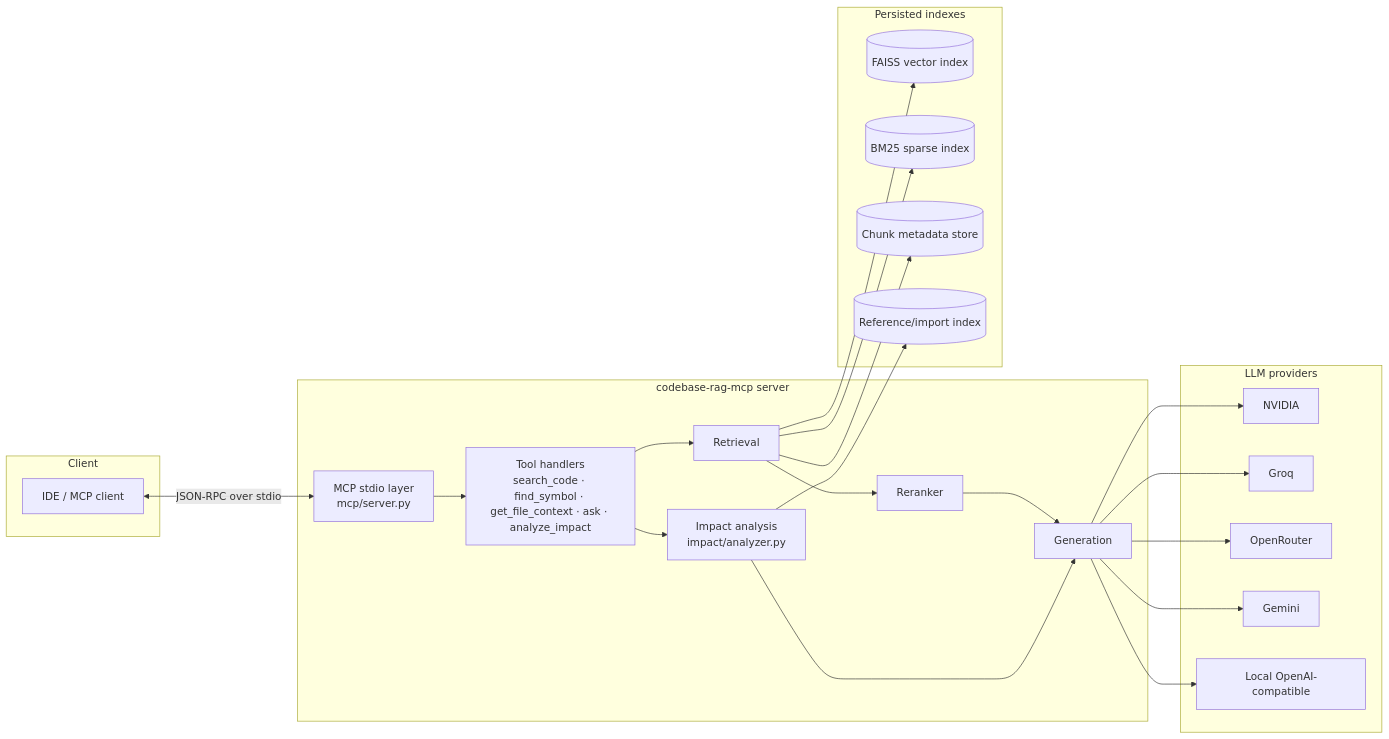
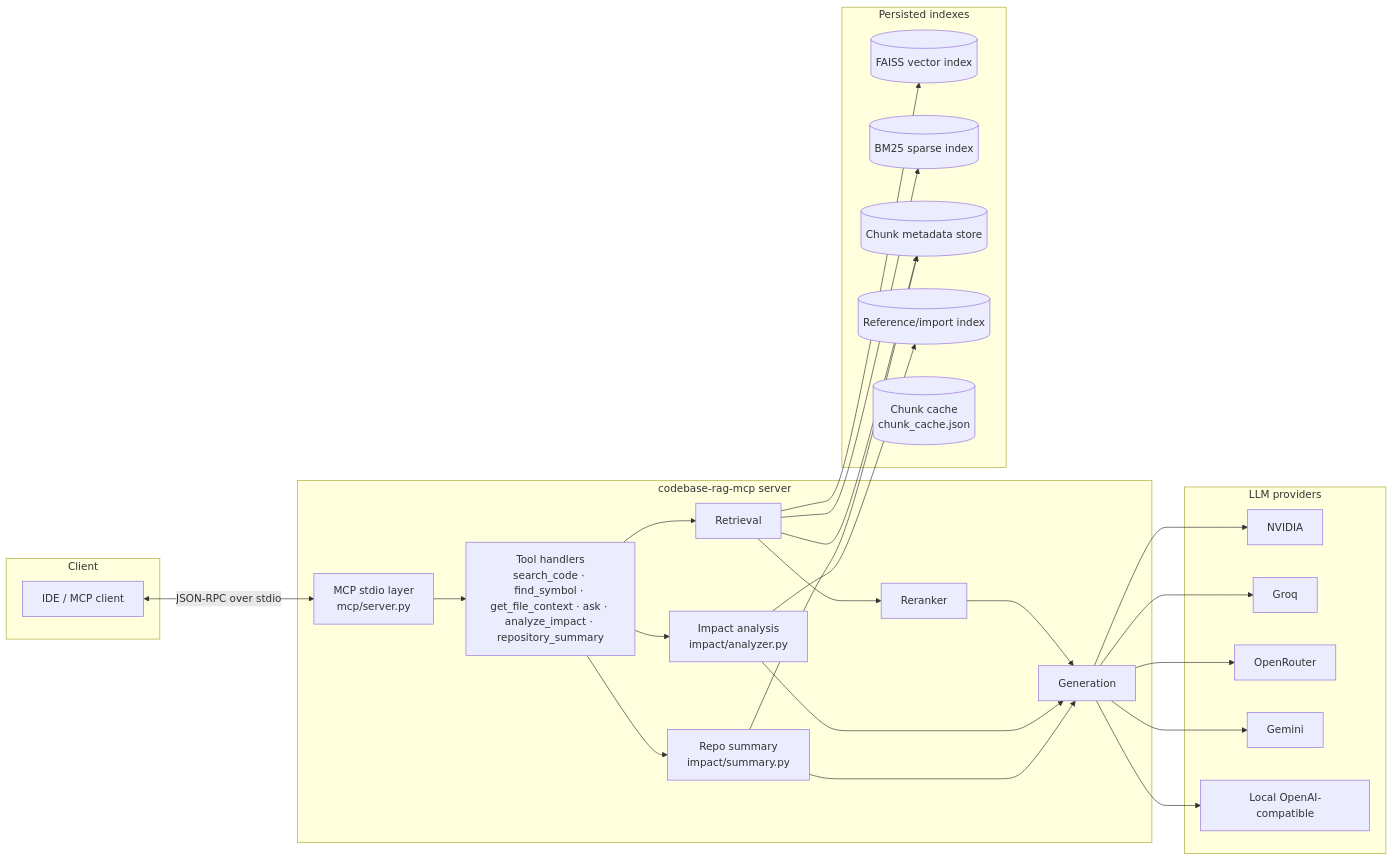
One commit to AyushShanu/CodeBase-MCP-Server changed the first of 8 diagrams in FLOW.md. Above: the diagram before and after it, drawn with Mermaid. The commit also changed other lines of this file and 29 other files, not shown here.

````diff
--- a/FLOW.md
+++ b/FLOW.md
@@ -10,47 +10,52 @@
 ```mermaid
 flowchart LR
     subgraph Client
         IDE[IDE / MCP client]
     end
 
     subgraph Server[codebase-rag-mcp server]
         MCP[MCP stdio layer<br/>mcp/server.py]
-        TOOLS[Tool handlers<br/>search_code · find_symbol · get_file_context · ask · analyze_impact]
+        TOOLS[Tool handlers<br/>search_code · find_symbol · get_file_context · ask · analyze_impact · repository_summary]
         RETRIEVAL[Retrieval]
         RERANKER[Reranker]
         GEN[Generation]
         IMPACT[Impact analysis<br/>impact/analyzer.py]
+        SUMMARY[Repo summary<br/>impact/summary.py]
     end
 
     subgraph Indexes[Persisted indexes]
         FAISS[(FAISS vector index)]
         BM25[(BM25 sparse index)]
         META[(Chunk metadata store)]
         REFS[(Reference/import index)]
+        CACHE[(Chunk cache<br/>chunk_cache.json)]
     end
 
     subgraph Providers[LLM providers]
         NVIDIA[NVIDIA]
         GROQ[Groq]
         OR[OpenRouter]
         GEM[Gemini]
         LOCAL[Local OpenAI-compatible]
     end
 
     IDE <-->|JSON-RPC over stdio| MCP
     MCP --> TOOLS
     TOOLS --> RETRIEVAL
     RETRIEVAL --> RERANKER
     RETRIEVAL --> FAISS
     RETRIEVAL --> BM25
     RETRIEVAL --> META
     RERANKER --> GEN
     GEN --> NVIDIA
     GEN --> GROQ
     GEN --> OR
     GEN --> GEM
     GEN --> LOCAL
     TOOLS --> IMPACT
     IMPACT --> REFS
     IMPACT --> GEN
+    TOOLS --> SUMMARY
+    SUMMARY --> META
+    SUMMARY --> GEN
 ```
````
